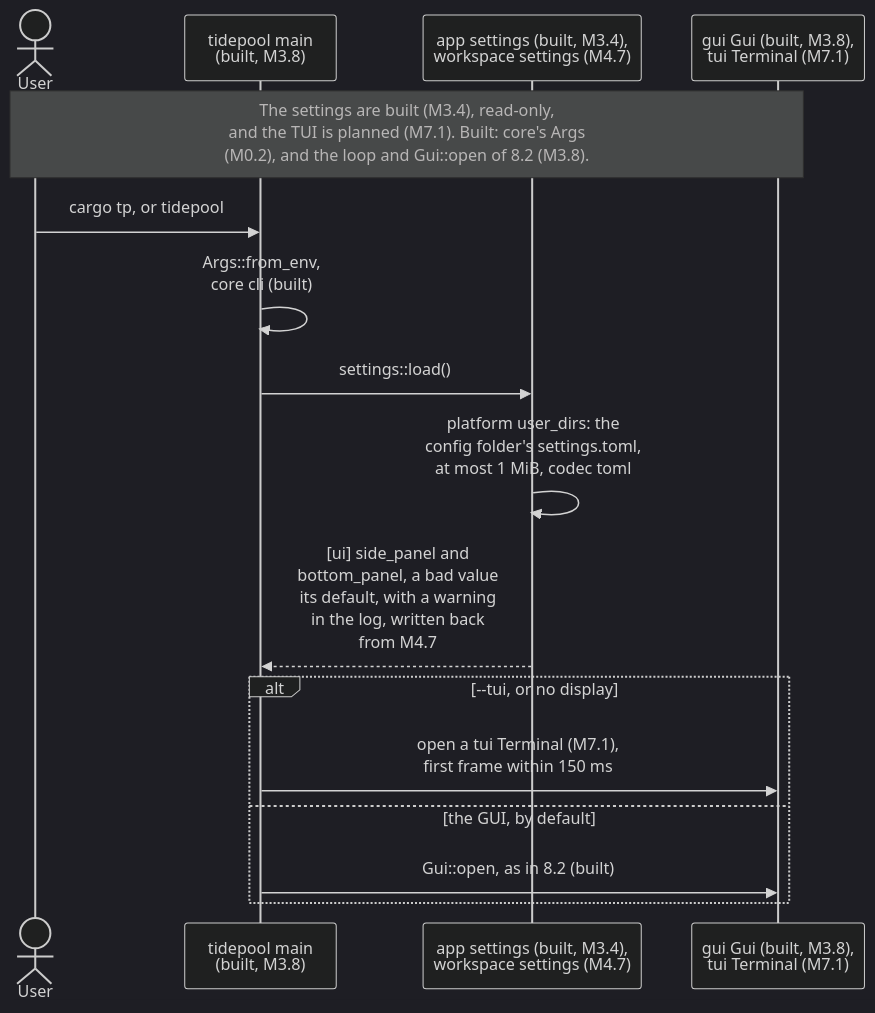
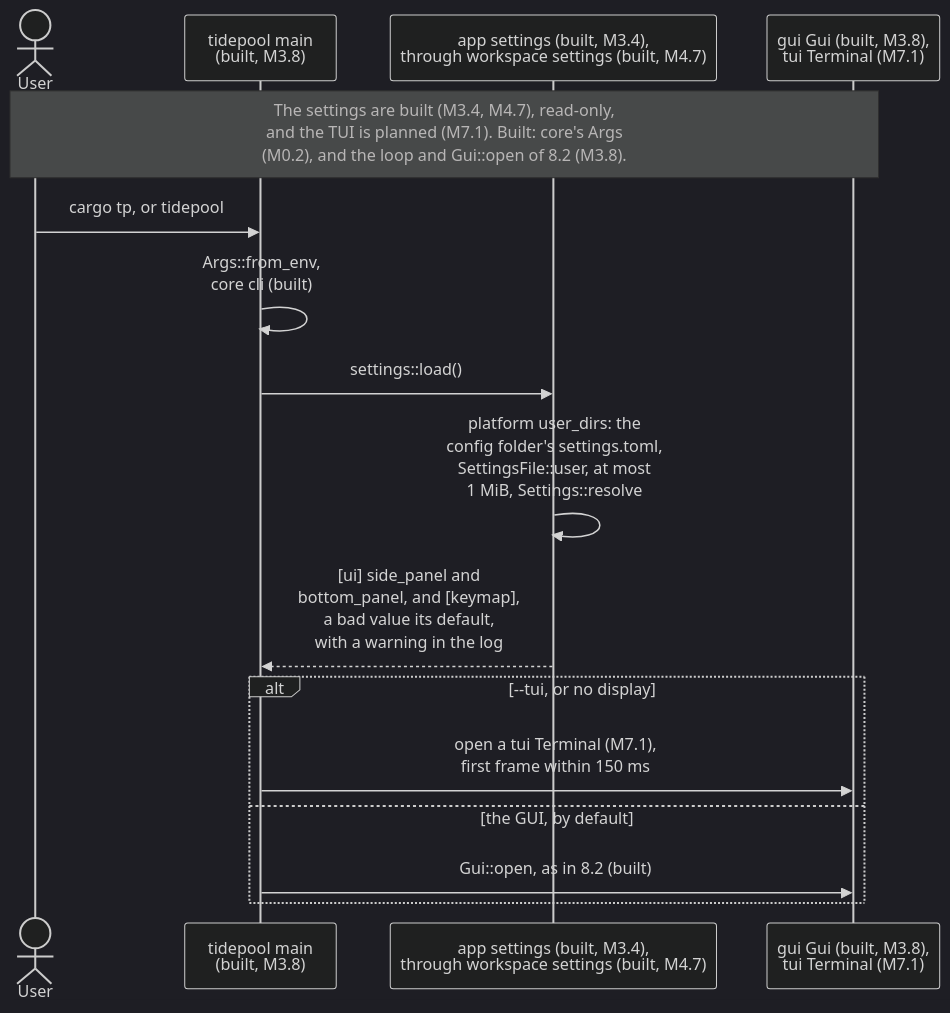
The ninth of 24 diagrams in diagrams/sequence-diagrams.md (jabbott-iii/Tidepool), drawn with Mermaid (dark theme) before and after one commit. The commit also changed 54 other files, not shown here.

First line of the commit message:
feat(workspace,app): folders, ignore files, trust and settings (M4.7)

````diff
--- a/diagrams/sequence-diagrams.md
+++ b/diagrams/sequence-diagrams.md
@@ -528,19 +528,19 @@
 ```mermaid
 sequenceDiagram
     actor User
     participant Cli as tidepool main<br/>(built, M3.8)
-    participant Cfg as app settings (built, M3.4),<br/>workspace settings (M4.7)
+    participant Cfg as app settings (built, M3.4),<br/>through workspace settings (built, M4.7)
     participant Fe as gui Gui (built, M3.8),<br/>tui Terminal (M7.1)
 
-    Note over User,Fe: The settings are built (M3.4), read-only,<br/>and the TUI is planned (M7.1). Built: core's Args<br/>(M0.2), and the loop and Gui::open of 8.2 (M3.8).
+    Note over User,Fe: The settings are built (M3.4, M4.7), read-only,<br/>and the TUI is planned (M7.1). Built: core's Args<br/>(M0.2), and the loop and Gui::open of 8.2 (M3.8).
     User->>Cli: cargo tp, or tidepool
     Cli->>Cli: Args::from_env,<br/>core cli (built)
     Cli->>Cfg: settings::load()
-    Cfg->>Cfg: platform user_dirs: the<br/>config folder's settings.toml,<br/>at most 1 MiB, codec toml
-    Cfg-->>Cli: [ui] side_panel and<br/>bottom_panel, a bad value<br/>its default, with a warning<br/>in the log, written back<br/>from M4.7
+    Cfg->>Cfg: platform user_dirs: the<br/>config folder's settings.toml,<br/>SettingsFile::user, at most<br/>1 MiB, Settings::resolve
+    Cfg-->>Cli: [ui] side_panel and<br/>bottom_panel, and [keymap],<br/>a bad value its default,<br/>with a warning in the log
     alt --tui, or no display
         Cli->>Fe: open a tui Terminal (M7.1),<br/>first frame within 150 ms
     else the GUI, by default
         Cli->>Fe: Gui::open, as in 8.2 (built)
     end
 ```
````
